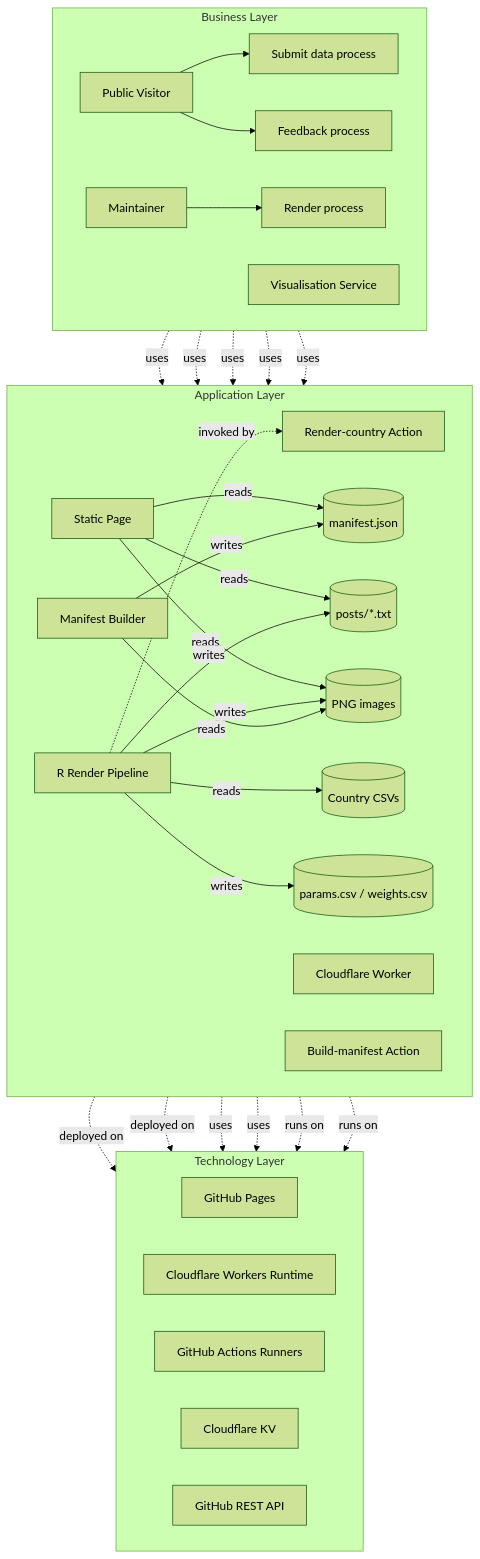
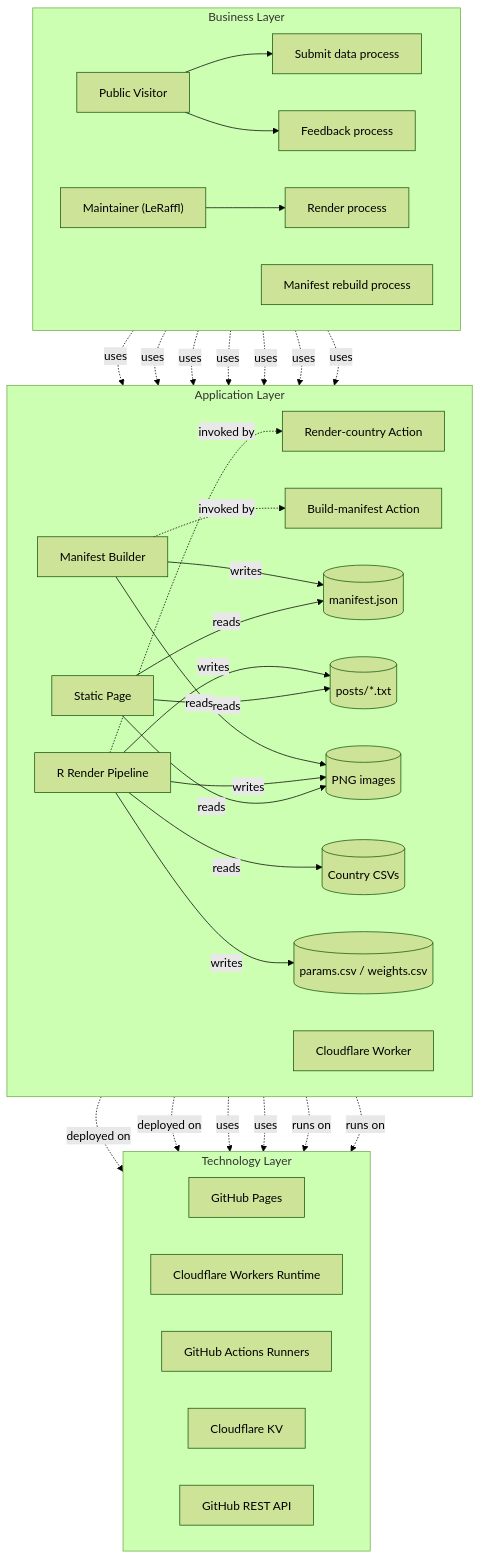
One commit to LeRaffl/LeRaffl-Gallery changed the second of 2 diagrams in docs/architecture/01-overview.md. Above: the diagram before and after it, drawn with Mermaid (forest theme). The commit also changed other lines of this file and 5 other files, not shown here.

First line of the commit message:
docs(architecture): apply review feedback

````diff
--- a/docs/architecture/01-overview.md
+++ b/docs/architecture/01-overview.md
@@ -46,55 +46,57 @@
 ```mermaid
 flowchart TB
     subgraph BL["Business Layer"]
         direction LR
         A1["Public Visitor"]
-        A2["Maintainer"]
+        A2["Maintainer (LeRaffl)"]
         BP1["Submit data process"]
         BP2["Render process"]
         BP3["Feedback process"]
-        BS1["Visualisation Service"]
+        BP4["Manifest rebuild process"]
     end
 
     subgraph AL["Application Layer"]
         direction LR
         AC1["Static Page"]
         AC2["Cloudflare Worker"]
         AC3["R Render Pipeline"]
         AC4["Manifest Builder"]
         AC5["Render-country Action"]
         AC6["Build-manifest Action"]
         DO1[("Country CSVs")]
         DO2[("params.csv / weights.csv")]
         DO3[("PNG images")]
         DO4[("manifest.json")]
         DO5[("posts/*.txt")]
     end
 
     subgraph TL["Technology Layer"]
         direction LR
         T1["GitHub Pages"]
         T2["Cloudflare Workers Runtime"]
         T3["GitHub Actions Runners"]
         T4["Cloudflare KV"]
         T5["GitHub REST API"]
     end
 
     A1 --> BP1 & BP3
     A2 --> BP2
     BP1 -.uses.-> AC1 & AC2
     BP2 -.uses.-> AC5 & AC3
     BP3 -.uses.-> AC2
+    BP4 -.uses.-> AC6 & AC4
 
     AC1 -.deployed on.-> T1
     AC2 -.deployed on.-> T2
     AC2 -.uses.-> T4 & T5
     AC5 -.runs on.-> T3
     AC6 -.runs on.-> T3
     AC3 -.invoked by.-> AC5
+    AC4 -.invoked by.-> AC6
 
     AC1 --reads--> DO4 & DO5 & DO3
     AC3 --reads--> DO1
     AC3 --writes--> DO2 & DO3 & DO5
     AC4 --reads--> DO3
     AC4 --writes--> DO4
 ```
````
